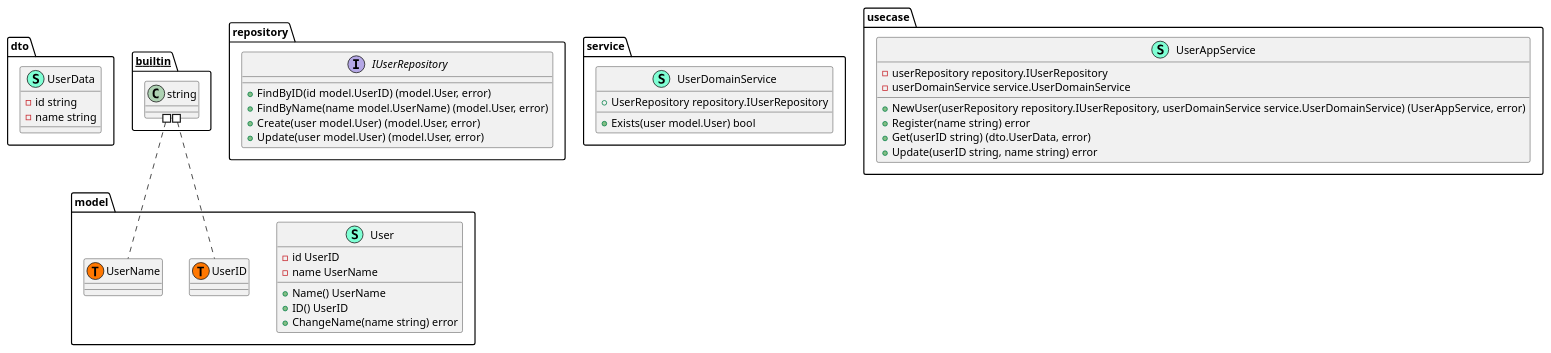
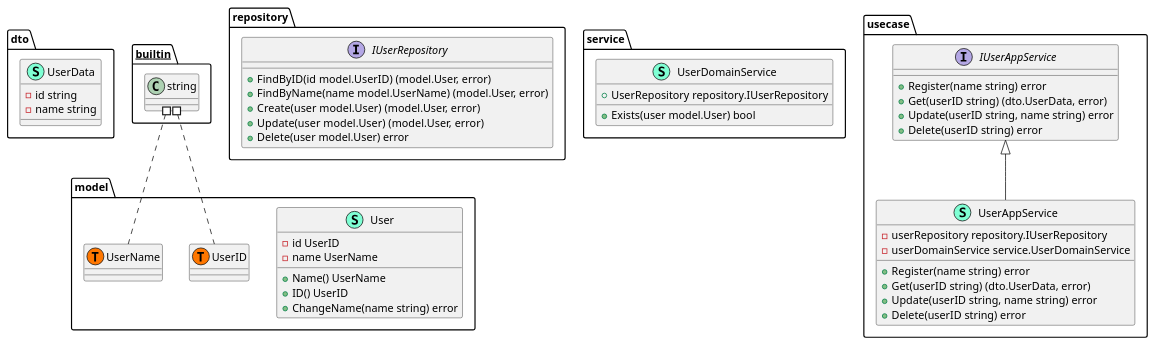
Before and after one commit to physphys/go-app-service-test: the diagram in packages.puml, drawn with PlantUML. The commit also changed 4 other files, not shown here.

```diff
--- a/packages.puml
+++ b/packages.puml
@@ -1,65 +1,74 @@
 @startuml
 namespace dto {
     class UserData << (S,Aquamarine) >> {
         - id string
         - name string
 
     }
 }
 
 
 namespace model {
     class User << (S,Aquamarine) >> {
         - id UserID
         - name UserName
 
         + Name() UserName
         + ID() UserID
         + ChangeName(name string) error
 
     }
     class model.UserID << (T, #FF7700) >>  {
     }
     class model.UserName << (T, #FF7700) >>  {
     }
 }
 
 
 namespace repository {
     interface IUserRepository  {
         + FindByID(id model.UserID) (model.User, error)
         + FindByName(name model.UserName) (model.User, error)
         + Create(user model.User) (model.User, error)
         + Update(user model.User) (model.User, error)
+        + Delete(user model.User) error
 
     }
 }
 
 
 namespace service {
     class UserDomainService << (S,Aquamarine) >> {
         + UserRepository repository.IUserRepository
 
         + Exists(user model.User) bool
 
     }
 }
 
 
 namespace usecase {
+    interface IUserAppService  {
+        + Register(name string) error
+        + Get(userID string) (dto.UserData, error)
+        + Update(userID string, name string) error
+        + Delete(userID string) error
+
+    }
     class UserAppService << (S,Aquamarine) >> {
         - userRepository repository.IUserRepository
         - userDomainService service.UserDomainService
 
-        + NewUser(userRepository repository.IUserRepository, userDomainService service.UserDomainService) (UserAppService, error)
         + Register(name string) error
         + Get(userID string) (dto.UserData, error)
         + Update(userID string, name string) error
+        + Delete(userID string) error
 
     }
 }
 
+"usecase.IUserAppService" <|-- "usecase.UserAppService"
 
 "__builtin__.string" #.. "model.UserID"
 "__builtin__.string" #.. "model.UserName"
 @enduml
```
